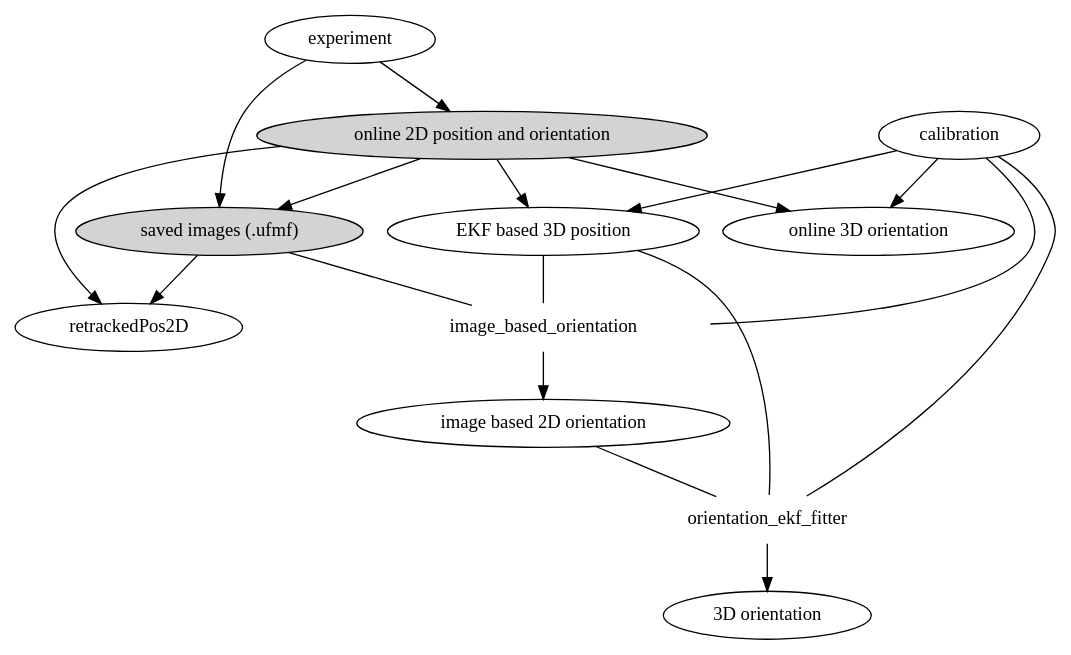
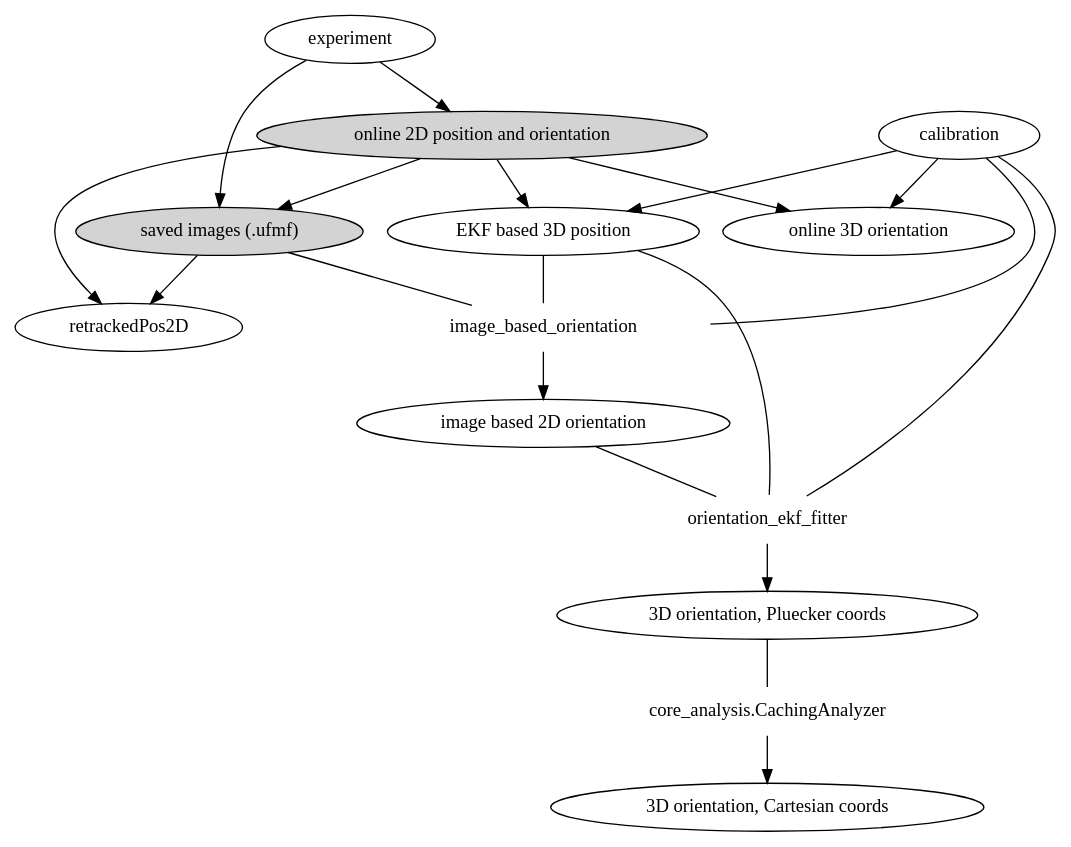
Before and after one commit to strawlab/flydra: the diagram in flydra-sphinx-docs/orientation_data.rst, drawn with Graphviz. The commit also changed 2 other files, not shown here.

Commit message:
docs: improve docs for 3D orientation analysis

```diff
--- a/flydra-sphinx-docs/orientation_data.rst
+++ b/flydra-sphinx-docs/orientation_data.rst
@@ -6,33 +6,37 @@
 .. graphviz::
 
   strict digraph {
     animals -> onlinePosOri2D;
     animals -> ufmfs;
     onlinePosOri2D -> ufmfs;
     ufmfs -> IBO [ arrowhead="none"];
     imageOri2D -> OEF [ arrowhead="none"];
     onlinePosOri2D -> retrackedPos2D;
     ufmfs -> retrackedPos2D;
     onlinePosOri2D -> ekfPos3D;
     calib -> onlineOri3D;
     calib -> OEF [ arrowhead="none"];
     calib -> ekfPos3D;
     calib -> IBO [ arrowhead="none"];
     ekfPos3D -> OEF [ arrowhead="none"];
-    OEF -> Ori3D;
+    OEF -> Ori3DHZ;
+    Ori3DHZ -> core_analysis [ arrowhead="none"];
+    core_analysis -> Ori3D;
     ekfPos3D -> IBO [ arrowhead="none"];
     IBO -> imageOri2D;
     onlinePosOri2D -> onlineOri3D;
 
     animals [label="experiment"];
     //    onlinePos2D [label="online 2D position estimation"];
     ufmfs [label="saved images (.ufmf)",style=filled];
     imageOri2D [label="image based 2D orientation"];
     IBO [ label = "image_based_orientation", style=filled,color=white ];
+    core_analysis [ label = "core_analysis.CachingAnalyzer", style=filled,color=white ];
     OEF [ label = "orientation_ekf_fitter", style=filled,color=white ];
-    Ori3D [label="3D orientation"];
+    Ori3DHZ [label="3D orientation, Pluecker coords"];
+    Ori3D [label="3D orientation, Cartesian coords"];
     calib [label="calibration"];
     ekfPos3D [label="EKF based 3D position"];
     onlineOri3D [label="online 3D orientation"];
     onlinePosOri2D [label="online 2D position and orientation",style=filled];
   }
```
